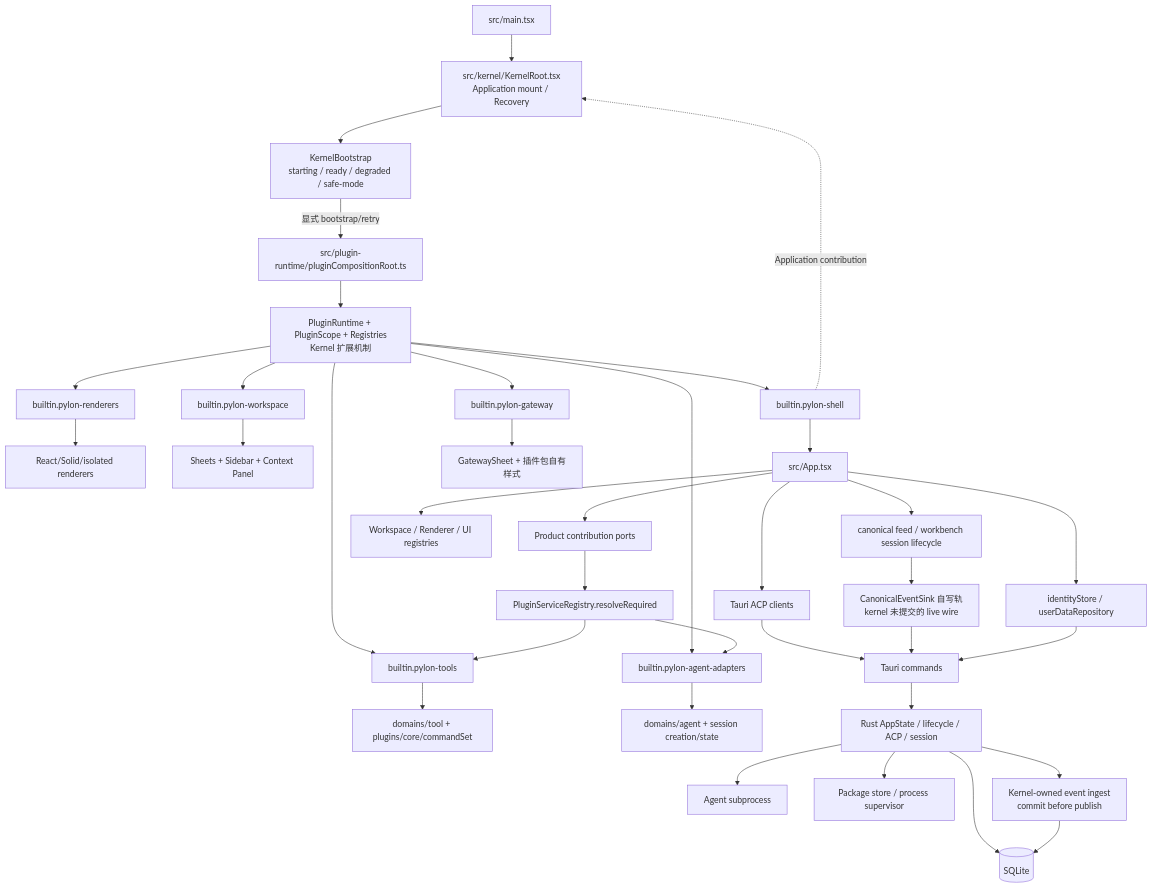
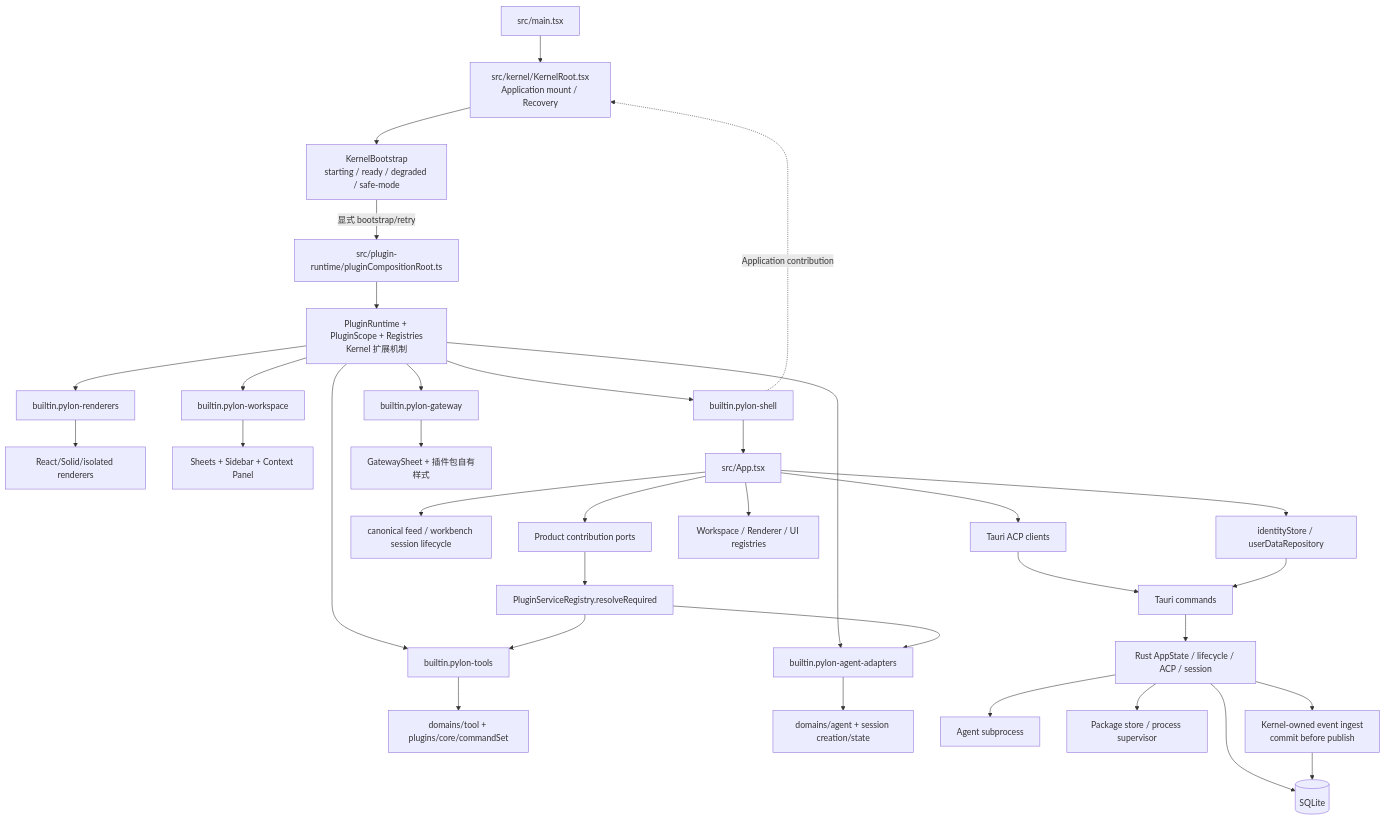
One commit to AlchemistCxC/Pylon-co-works changed the first of 7 diagrams in docs/说明书/Pylon-项目架构参考.md. Above: the diagram before and after it, drawn with Mermaid. The commit also changed other lines of this file and 1 other file, not shown here.

First line of the commit message:
docs(说明书): #439 随迁——sink 自写轨表述退役（拓扑全图 + 架构参考）

````diff
--- a/docs/说明书/Pylon-项目架构参考.md
+++ b/docs/说明书/Pylon-项目架构参考.md
@@ -43,44 +43,42 @@
 ```mermaid
 flowchart TB
   Entry["src/main.tsx"] --> KR["src/kernel/KernelRoot.tsx<br/>Application mount / Recovery"]
   KR --> KB["KernelBootstrap<br/>starting / ready / degraded / safe-mode"]
   KB -->|显式 bootstrap/retry| CR["src/plugin-runtime/pluginCompositionRoot.ts"]
   CR --> PR["PluginRuntime + PluginScope + Registries<br/>Kernel 扩展机制"]
 
   PR --> Tools["builtin.pylon-tools"]
   PR --> Agents["builtin.pylon-agent-adapters"]
   PR --> Renderers["builtin.pylon-renderers"]
   PR --> Workspace["builtin.pylon-workspace"]
   PR --> Shell["builtin.pylon-shell"]
   PR --> Gateway["builtin.pylon-gateway"]
 
   Tools --> ToolImpl["domains/tool + plugins/core/commandSet"]
   Agents --> AgentImpl["domains/agent + session creation/state"]
   Renderers --> RendererImpl["React/Solid/isolated renderers"]
   Workspace --> WorkspaceImpl["Sheets + Sidebar + Context Panel"]
   Shell --> App["src/App.tsx"]
   Gateway --> GatewayImpl["GatewaySheet + 插件包自有样式"]
 
   App --> Identity["identityStore / userDataRepository"]
   App --> Chat["canonical feed / workbench session lifecycle"]
   App --> AcpClients["Tauri ACP clients"]
   App --> PluginConsumers["Workspace / Renderer / UI registries"]
   App --> ProductPorts["Product contribution ports"]
   ProductPorts --> ServiceRegistry["PluginServiceRegistry.resolveRequired"]
   ServiceRegistry --> Tools
   ServiceRegistry --> Agents
 
   AcpClients --> IPC["Tauri commands"]
   IPC --> RustKernel["Rust AppState / lifecycle / ACP / session"]
   RustKernel --> AgentProc["Agent subprocess"]
   RustKernel --> SQLite[("SQLite")]
   RustKernel --> NativePlugins["Package store / process supervisor"]
 
   RustKernel --> KernelIngest["Kernel-owned event ingest<br/>commit before publish"]
   KernelIngest --> SQLite
-  Chat --> LegacySink["CanonicalEventSink 自写轨<br/>kernel 未提交的 live wire"]
-  LegacySink --> IPC
   Identity --> IPC
 
   Shell -.Application contribution.-> KR
 ```
````
